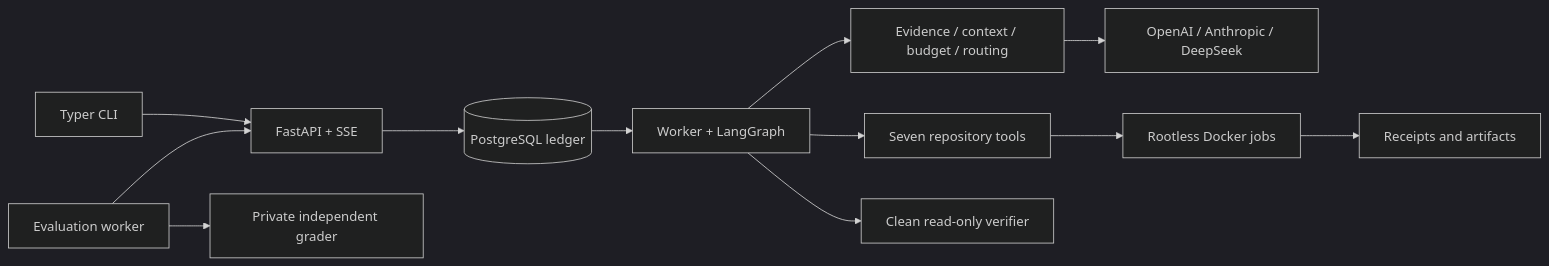
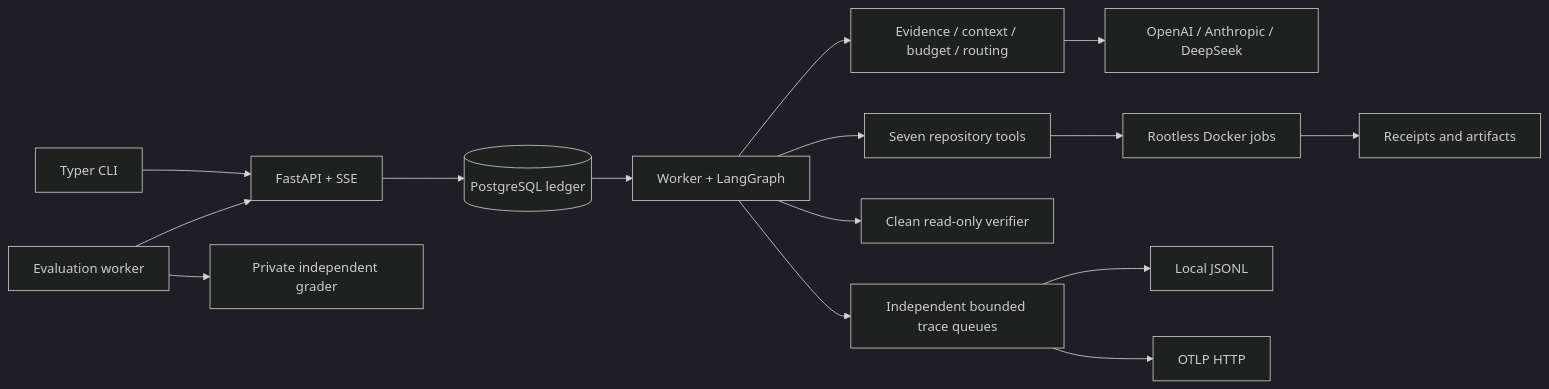
The diagram in README.md (simon-jd/forge-evidence-agent), drawn with Mermaid (dark theme) before and after one commit. The commit also changed other lines of this file and 26 other files, not shown here.

````diff
--- a/README.md
+++ b/README.md
@@ -19,14 +19,17 @@
 ```mermaid
 flowchart LR
     CLI[Typer CLI] --> API[FastAPI + SSE]
     API --> DB[(PostgreSQL ledger)]
     DB --> W[Worker + LangGraph]
     W --> C[Evidence / context / budget / routing]
     C --> P[OpenAI / Anthropic / DeepSeek]
     W --> T[Seven repository tools]
     T --> D[Rootless Docker jobs]
     D --> A[Receipts and artifacts]
     W --> V[Clean read-only verifier]
+    W --> O[Independent bounded trace queues]
+    O --> L[Local JSONL]
+    O --> R[OTLP HTTP]
     E[Evaluation worker] --> API
     E --> G[Private independent grader]
 ```
````
